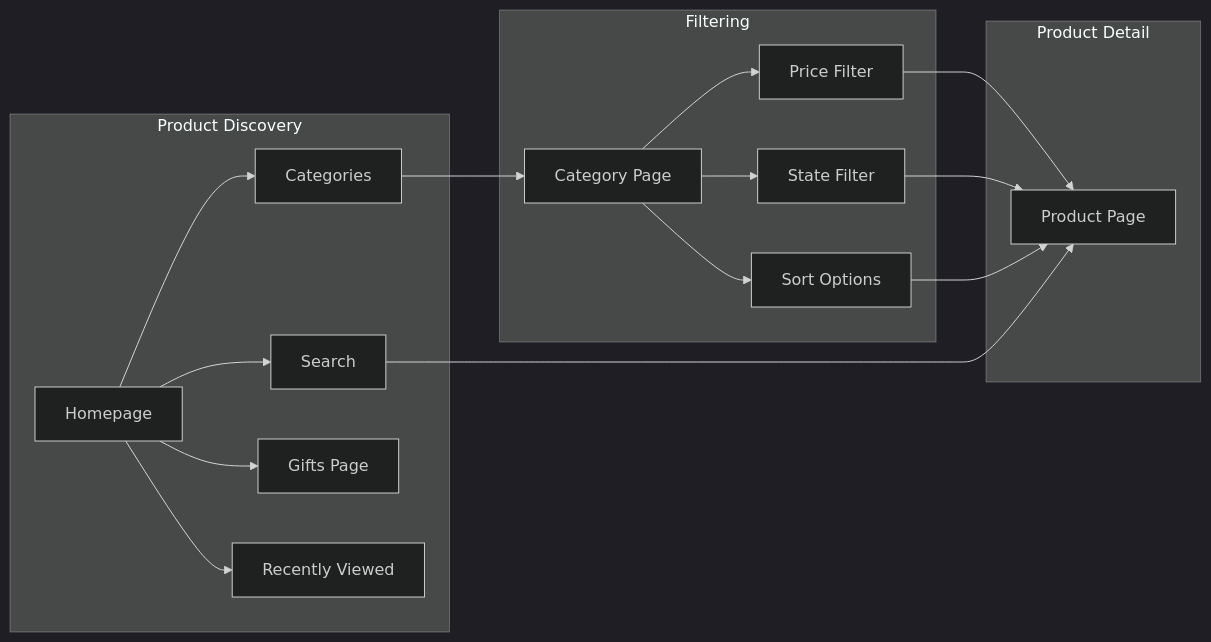
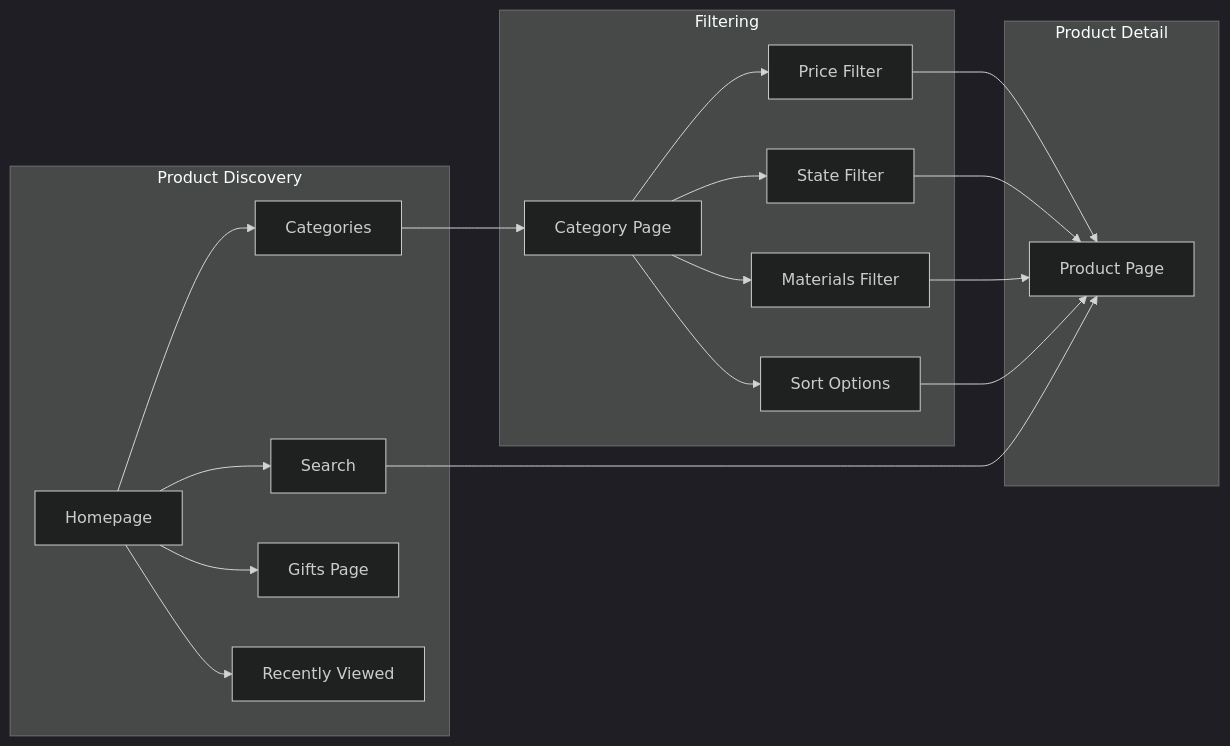
Before and after one commit to jorgejac1/hechomx: the fourth of 11 diagrams in docs/FLOWS.md, drawn with Mermaid (dark theme). The commit also changed other lines of this file and 17 other files, not shown here.

Commit message:
feat(chore): materials filter

````diff
--- a/docs/FLOWS.md
+++ b/docs/FLOWS.md
@@ -92,23 +92,25 @@
 ```mermaid
 flowchart LR
     subgraph Discovery["Product Discovery"]
         A[Homepage] --> B[Categories]
         A --> C[Search]
         A --> D[Gifts Page]
         A --> E[Recently Viewed]
     end
 
     subgraph Filtering["Filtering"]
         B --> F[Category Page]
         F --> G[Price Filter]
         F --> H[State Filter]
-        F --> I[Sort Options]
+        F --> I[Materials Filter]
+        F --> J[Sort Options]
     end
 
     subgraph Detail["Product Detail"]
-        G --> J[Product Page]
-        H --> J
-        I --> J
-        C --> J
+        G --> K[Product Page]
+        H --> K
+        I --> K
+        J --> K
+        C --> K
     end
 ```
````
